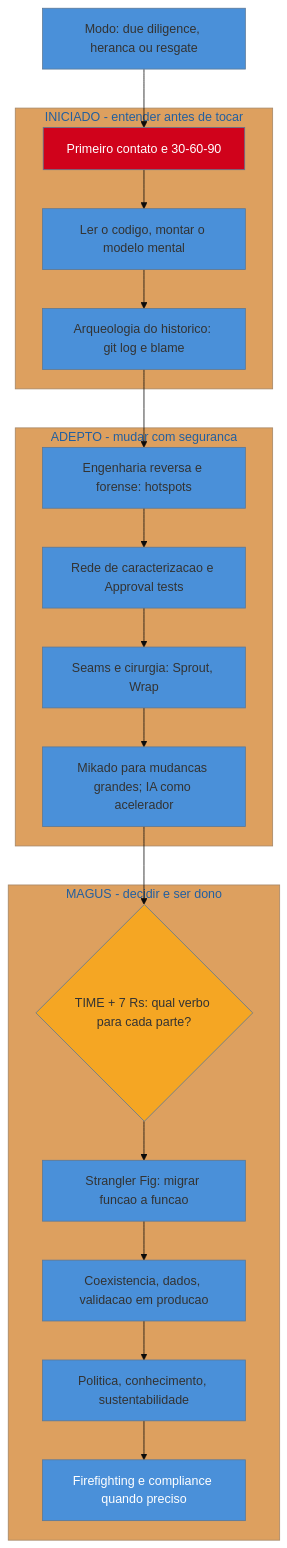
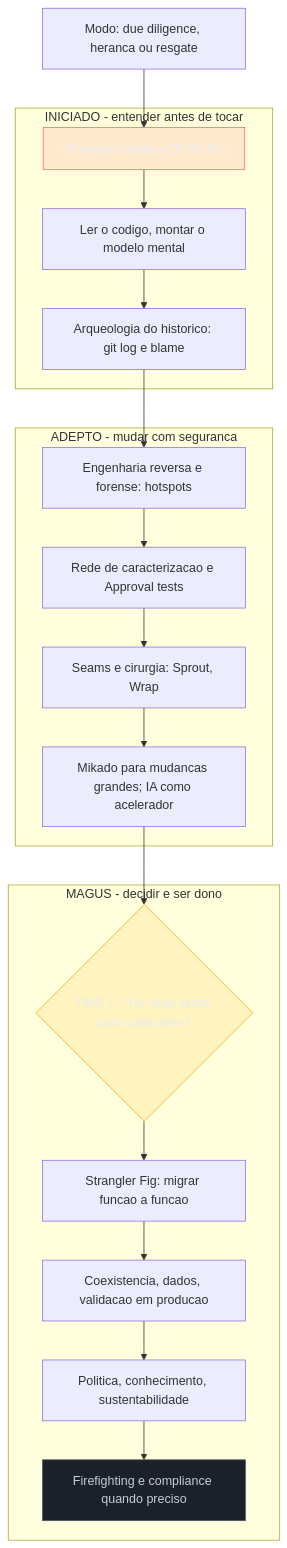
Before and after one commit to josenaldo/codex-technomanticus: the first of 2 diagrams in 03-Dominios/Engenharia/Arqueologia e Restauração de Software/28 - Capstone - Assumindo um sistema legado do zero.md, drawn with Mermaid. The commit also changed other lines of this file and 1181 other files, not shown here.

First line of the commit message:
fix(diagramas): paleta do sistema no lugar de cor cravada no markdown

````diff
--- a/03-Dominios/Engenharia/Arqueologia e Restauração de Software/28 - Capstone - Assumindo um sistema legado do zero.md
+++ b/03-Dominios/Engenharia/Arqueologia e Restauração de Software/28 - Capstone - Assumindo um sistema legado do zero.md
@@ -30,30 +30,32 @@
 ```mermaid
-%%{init: {"theme": "base", "themeVariables": {"primaryColor": "#4A90D9"}}}%%
 graph TD
+    classDef falha fill:#FF6B6B24,stroke:#FF6B6B,color:#E9ECF2
+    classDef destaque fill:#FFAA0024,stroke:#FFAA00,color:#E9ECF2
+    classDef neutro fill:#1B2029,stroke:#4E5666,color:#C6CCD8
     START[Modo: due diligence, heranca ou resgate] --> I1
 
     subgraph INI[INICIADO - entender antes de tocar]
         I1[Primeiro contato e 30-60-90] --> I2[Ler o codigo, montar o modelo mental]
         I2 --> I3[Arqueologia do historico: git log e blame]
     end
 
     subgraph ADE[ADEPTO - mudar com seguranca]
         AD1[Engenharia reversa e forense: hotspots] --> AD2[Rede de caracterizacao e Approval tests]
         AD2 --> AD3[Seams e cirurgia: Sprout, Wrap]
         AD3 --> AD4[Mikado para mudancas grandes; IA como acelerador]
     end
 
     subgraph MAG[MAGUS - decidir e ser dono]
         M1{TIME + 7 Rs: qual verbo para cada parte?} --> M2[Strangler Fig: migrar funcao a funcao]
         M2 --> M3[Coexistencia, dados, validacao em producao]
         M3 --> M4[Politica, conhecimento, sustentabilidade]
         M4 --> M5[Firefighting e compliance quando preciso]
     end
 
     I3 --> AD1
     AD4 --> M1
 
-    style I1 fill:#D0021B,color:#fff
-    style M1 fill:#F5A623
-    style M5 fill:#4A90D9,color:#fff
+    class I1 falha
+    class M1 destaque
+    class M5 neutro
 ```
````
